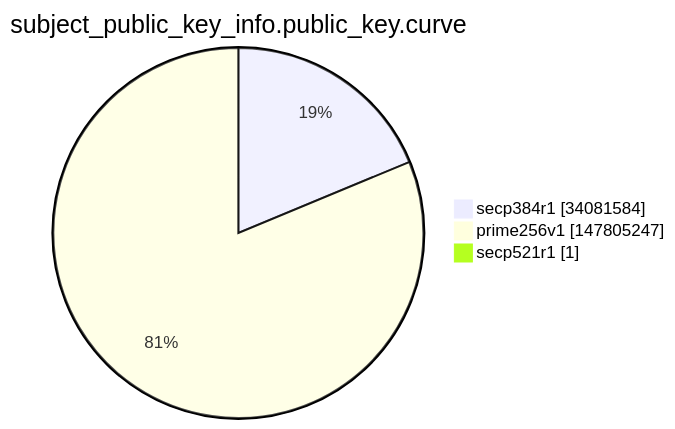
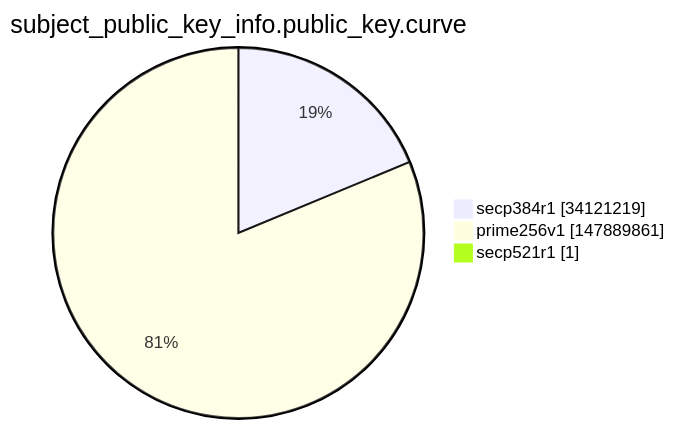
The ninth of 15 diagrams in argon2022/README.md (christiankrug/ctmonitor_visualization), drawn with Mermaid before and after one commit. The commit also changed other lines of this file, not shown here.

````diff
--- a/argon2022/README.md
+++ b/argon2022/README.md
@@ -2764,7 +2764,7 @@
 ```mermaid
 pie showData
 title subject_public_key_info.public_key.curve
-"secp384r1" :34081584
-"prime256v1" :147805247
+"secp384r1" :34121219
+"prime256v1" :147889861
 "secp521r1" :1
 ```
````
